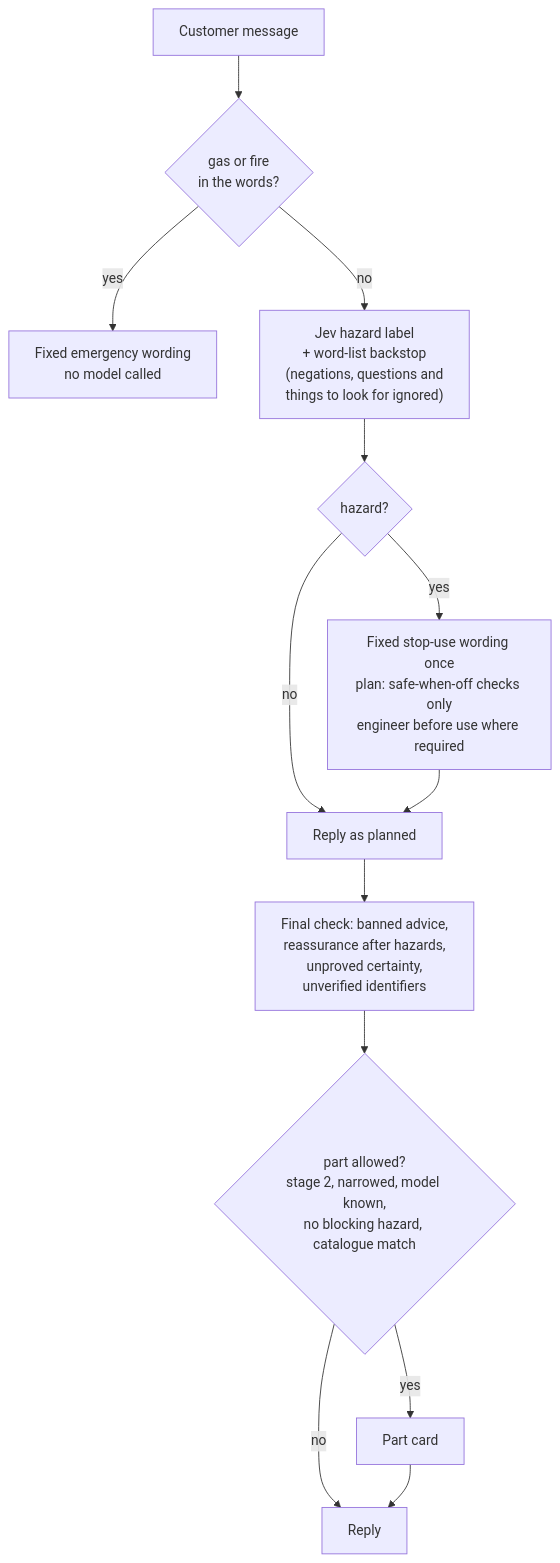
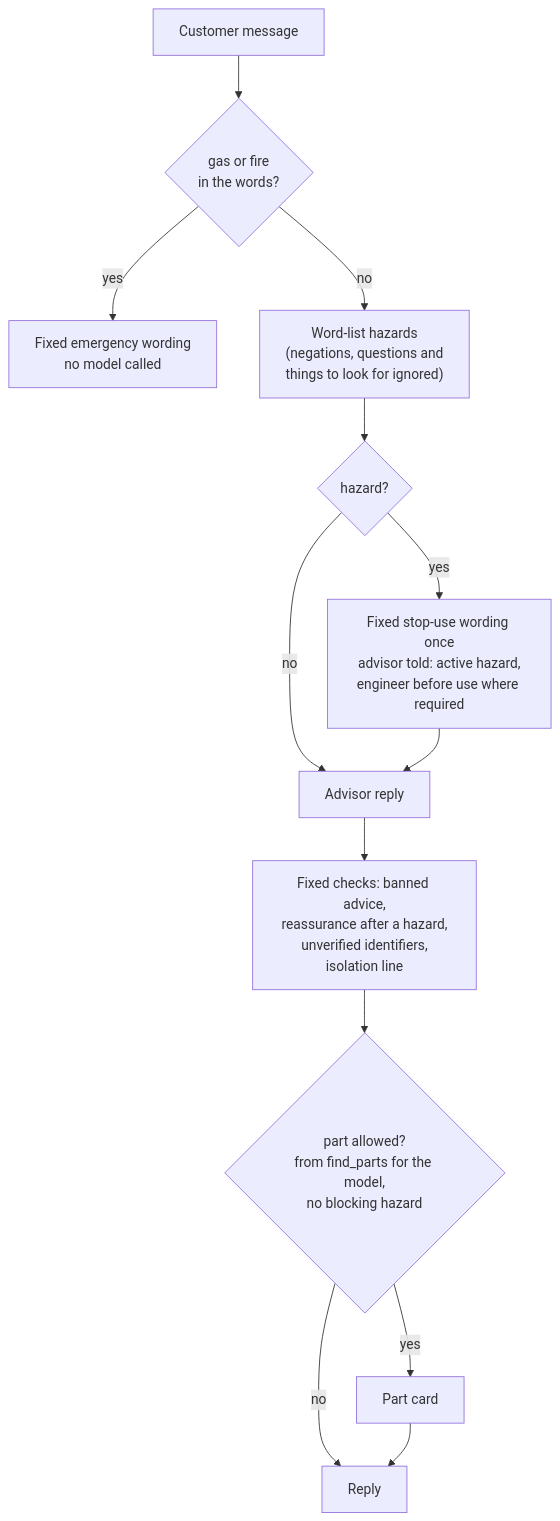
Before and after one commit to timdodgson/appliance-clinic: the fourth of 4 diagrams in docs/architecture/overview.md, drawn with Mermaid. The commit also changed other lines of this file and 10362 other files, not shown here.

````diff
--- a/docs/architecture/overview.md
+++ b/docs/architecture/overview.md
@@ -188,15 +118,15 @@
 ```mermaid
 flowchart TD
   M["Customer message"] --> G{"gas or fire<br/>in the words?"}
   G -->|yes| STOP["Fixed emergency wording<br/>no model called"]
-  G -->|no| L["Jev hazard label<br/>+ word-list backstop<br/>(negations, questions and<br/>things to look for ignored)"]
+  G -->|no| L["Word-list hazards<br/>(negations, questions and<br/>things to look for ignored)"]
   L --> H{"hazard?"}
-  H -->|no| R["Reply as planned"]
-  H -->|yes| F["Fixed stop-use wording once<br/>plan: safe-when-off checks only<br/>engineer before use where required"]
-  F --> R
-  R --> C["Final check: banned advice,<br/>reassurance after hazards,<br/>unproved certainty,<br/>unverified identifiers"]
-  C --> P{"part allowed?<br/>stage 2, narrowed, model known,<br/>no blocking hazard, catalogue match"}
+  H -->|no| A["Advisor reply"]
+  H -->|yes| F["Fixed stop-use wording once<br/>advisor told: active hazard,<br/>engineer before use where required"]
+  F --> A
+  A --> C["Fixed checks: banned advice,<br/>reassurance after a hazard,<br/>unverified identifiers,<br/>isolation line"]
+  C --> P{"part allowed?<br/>from find_parts for the model,<br/>no blocking hazard"}
   P -->|yes| CARD["Part card"]
   P -->|no| OUT["Reply"]
   CARD --> OUT
 ```
````
